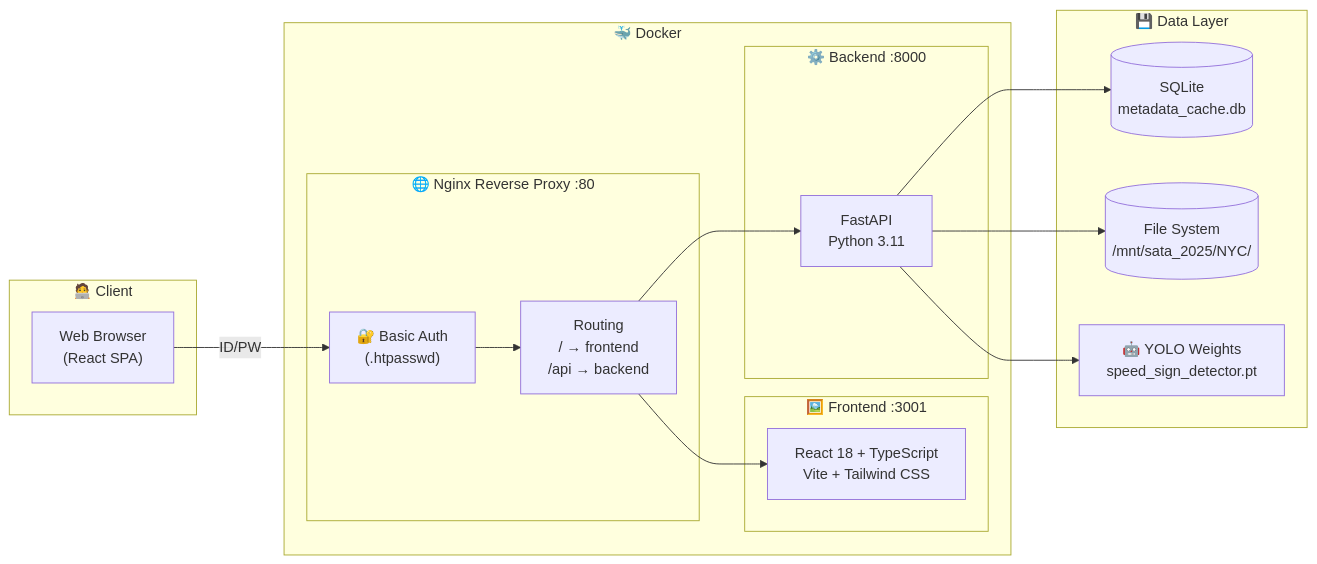
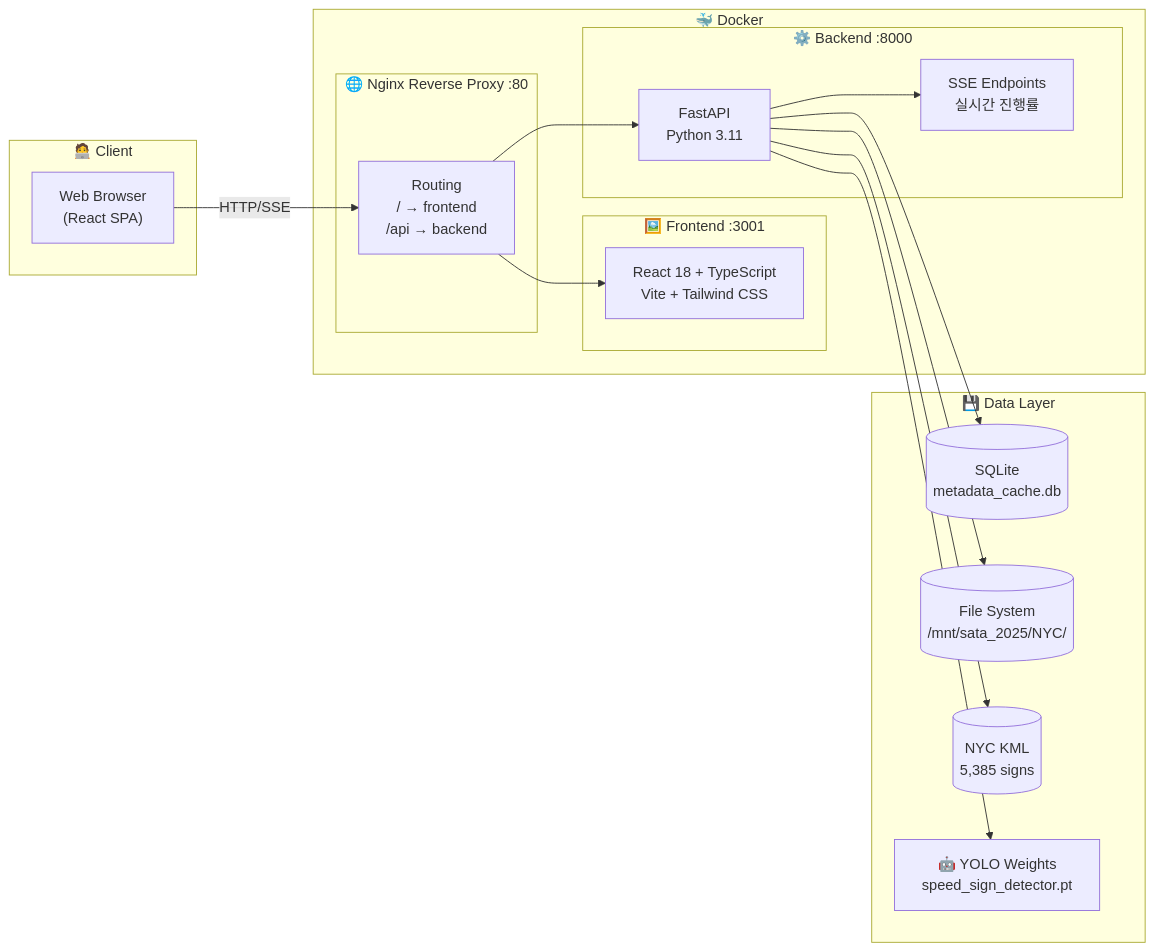
Before and after one commit to dareesoft/nyc-vehicle-tracker: the fifth of 9 diagrams in README.md, drawn with Mermaid. The commit also changed other lines of this file and 8 other files, not shown here.

First line of the commit message:
feat: SSE 기반 실시간 진행률 시스템 구현

````diff
--- a/README.md
+++ b/README.md
@@ -106,35 +208,37 @@
 ```mermaid
 flowchart LR
     subgraph Client["🧑‍💻 Client"]
         BROWSER["Web Browser<br/>(React SPA)"]
     end
 
     subgraph Docker["🐳 Docker"]
         subgraph NGINX["🌐 Nginx Reverse Proxy :80"]
-            AUTH["🔐 Basic Auth<br/>(.htpasswd)"]
             RP["Routing<br/>/ → frontend<br/>/api → backend"]
         end
 
         subgraph FRONTEND["🖼️ Frontend :3001"]
             REACT["React 18 + TypeScript<br/>Vite + Tailwind CSS"]
         end
 
         subgraph BACKEND["⚙️ Backend :8000"]
             FASTAPI["FastAPI<br/>Python 3.11"]
+            SSE["SSE Endpoints<br/>실시간 진행률"]
         end
     end
 
     subgraph DATA["💾 Data Layer"]
         DB[("SQLite<br/>metadata_cache.db")]
         FS[("File System<br/>/mnt/sata_2025/NYC/")]
+        KML[("NYC KML<br/>5,385 signs")]
         YOLO["🤖 YOLO Weights<br/>speed_sign_detector.pt"]
     end
 
-    BROWSER -->|"ID/PW"| AUTH
-    AUTH --> RP
+    BROWSER -->|"HTTP/SSE"| RP
     RP --> REACT
     RP --> FASTAPI
+    FASTAPI --> SSE
     FASTAPI --> DB
     FASTAPI --> FS
+    FASTAPI --> KML
     FASTAPI --> YOLO
 ```
````
